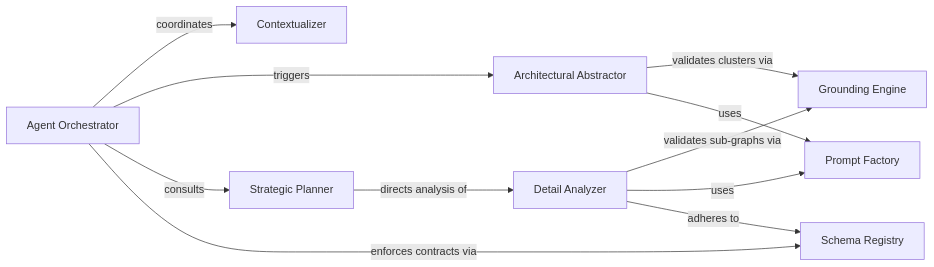
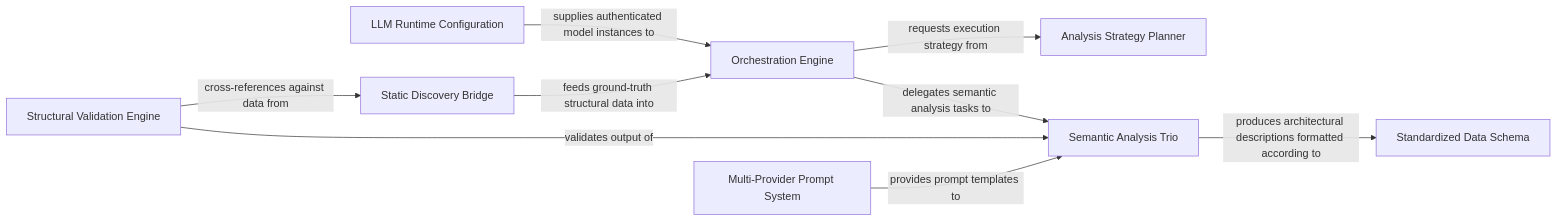
One commit to CodeBoarding/CodeBoarding changed the diagram in .codeboarding/LLM_Agent_Core.md. Above: the diagram before and after it, drawn with Mermaid. The commit also changed other lines of this file and 6 other files, not shown here.

````diff
--- a/.codeboarding/LLM_Agent_Core.md
+++ b/.codeboarding/LLM_Agent_Core.md
@@ -1,21 +1,19 @@
 ```mermaid
 graph LR
-    Agent_Orchestrator["Agent Orchestrator"]
-    Contextualizer["Contextualizer"]
-    Architectural_Abstractor["Architectural Abstractor"]
-    Strategic_Planner["Strategic Planner"]
-    Detail_Analyzer["Detail Analyzer"]
-    Grounding_Engine["Grounding Engine"]
-    Prompt_Factory["Prompt Factory"]
-    Schema_Registry["Schema Registry"]
-    Agent_Orchestrator -- "coordinates" --> Contextualizer
-    Agent_Orchestrator -- "triggers" --> Architectural_Abstractor
-    Architectural_Abstractor -- "validates clusters via" --> Grounding_Engine
-    Agent_Orchestrator -- "consults" --> Strategic_Planner
-    Strategic_Planner -- "directs analysis of" --> Detail_Analyzer
-    Detail_Analyzer -- "validates sub‑graphs via" --> Grounding_Engine
-    Detail_Analyzer -- "uses" --> Prompt_Factory
-    Architectural_Abstractor -- "uses" --> Prompt_Factory
-    Agent_Orchestrator -- "enforces contracts via" --> Schema_Registry
-    Detail_Analyzer -- "adheres to" --> Schema_Registry
+    Orchestration_Engine["Orchestration Engine"]
+    Analysis_Strategy_Planner["Analysis Strategy Planner"]
+    Semantic_Analysis_Trio["Semantic Analysis Trio"]
+    Structural_Validation_Engine["Structural Validation Engine"]
+    Multi_Provider_Prompt_System["Multi-Provider Prompt System"]
+    LLM_Runtime_Configuration["LLM Runtime Configuration"]
+    Static_Discovery_Bridge["Static Discovery Bridge"]
+    Standardized_Data_Schema["Standardized Data Schema"]
+    Orchestration_Engine -- "requests execution strategy from" --> Analysis_Strategy_Planner
+    Orchestration_Engine -- "delegates semantic analysis tasks to" --> Semantic_Analysis_Trio
+    Semantic_Analysis_Trio -- "produces architectural descriptions formatted according to" --> Standardized_Data_Schema
+    Structural_Validation_Engine -- "validates output of" --> Semantic_Analysis_Trio
+    Structural_Validation_Engine -- "cross-references against data from" --> Static_Discovery_Bridge
+    Multi_Provider_Prompt_System -- "provides prompt templates to" --> Semantic_Analysis_Trio
+    LLM_Runtime_Configuration -- "supplies authenticated model instances to" --> Orchestration_Engine
+    Static_Discovery_Bridge -- "feeds ground-truth structural data into" --> Orchestration_Engine
 ```
````
